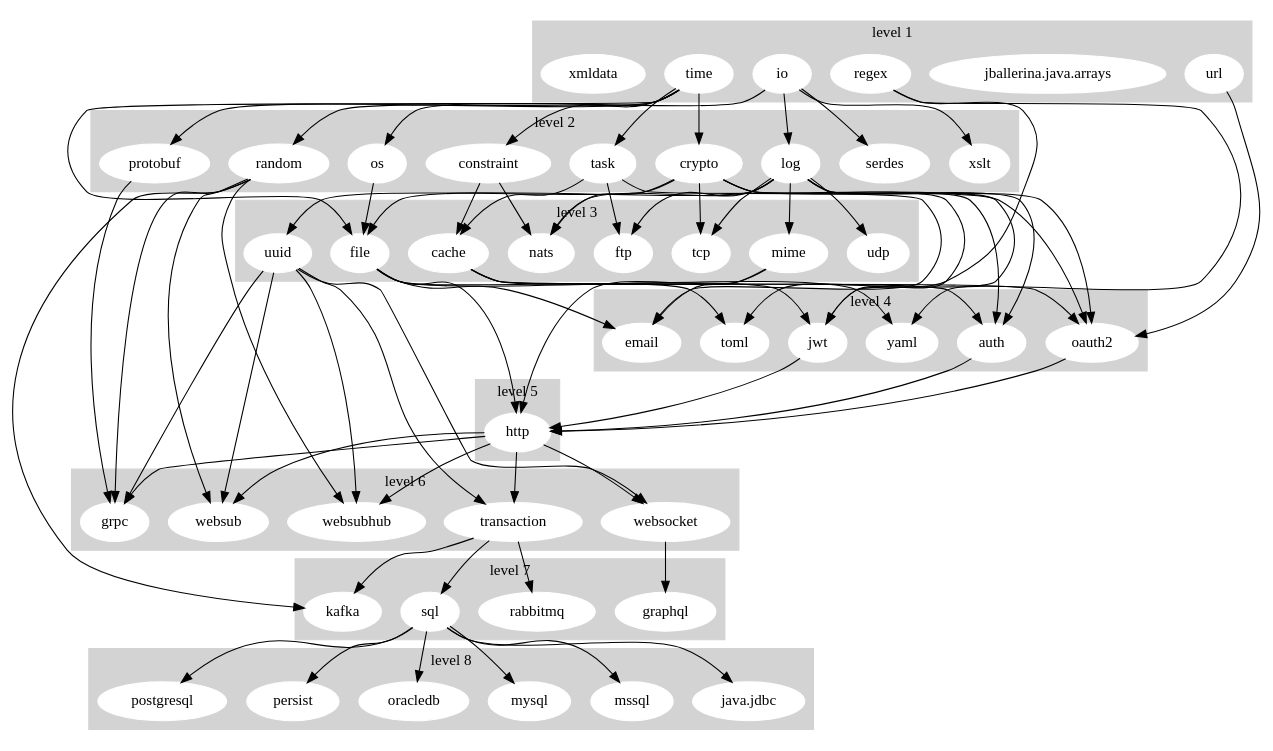
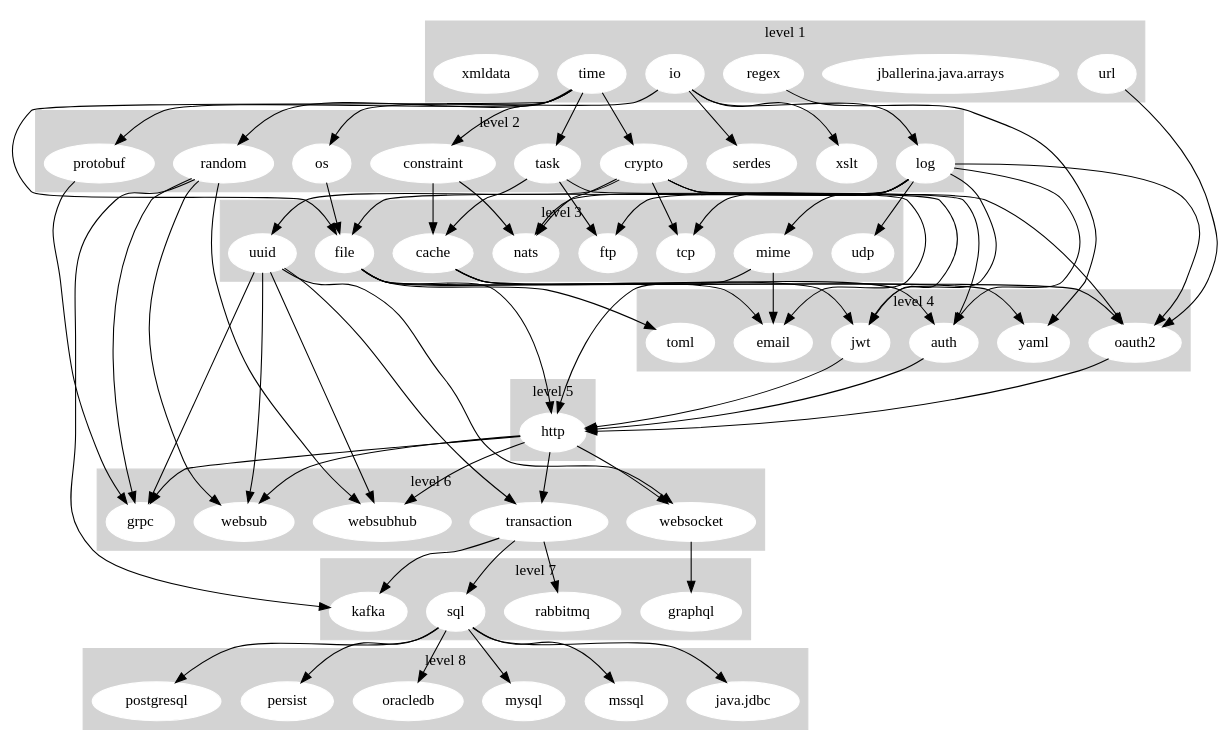
One commit to ballerina-platform/ballerina-release changed the diagram in dashboard/stdlib_graph.gv. Above: the diagram before and after it, drawn with Graphviz.

Commit message:
[Automated] Update Stdlib Dependency Graph

```diff
--- a/dashboard/stdlib_graph.gv
+++ b/dashboard/stdlib_graph.gv
@@ -1,158 +1,157 @@
 digraph "Stdlib Dependency Graph" {
 	subgraph cluster_1 {
 		node [color=white style=filled]
 		color=lightgrey style=filled
 		io
 		"jballerina.java.arrays"
 		regex
 		time
 		url
 		xmldata
 		label="level 1"
 	}
 	subgraph cluster_2 {
 		node [color=white style=filled]
 		color=lightgrey style=filled
 		constraint
 		crypto
 		log
 		os
 		protobuf
 		random
 		serdes
 		task
 		xslt
 		label="level 2"
 	}
 	subgraph cluster_3 {
 		node [color=white style=filled]
 		color=lightgrey style=filled
 		cache
 		file
 		ftp
 		mime
 		nats
 		tcp
 		udp
 		uuid
 		label="level 3"
 	}
 	subgraph cluster_4 {
 		node [color=white style=filled]
 		color=lightgrey style=filled
 		auth
 		email
 		jwt
 		oauth2
 		toml
 		yaml
 		label="level 4"
 	}
 	subgraph cluster_5 {
 		node [color=white style=filled]
 		color=lightgrey style=filled
 		http
 		label="level 5"
 	}
 	subgraph cluster_6 {
 		node [color=white style=filled]
 		color=lightgrey style=filled
 		grpc
 		transaction
 		websocket
 		websub
 		websubhub
 		label="level 6"
 	}
 	subgraph cluster_7 {
 		node [color=white style=filled]
 		color=lightgrey style=filled
 		graphql
 		kafka
 		rabbitmq
 		sql
 		label="level 7"
 	}
 	subgraph cluster_8 {
 		node [color=white style=filled]
 		color=lightgrey style=filled
 		"java.jdbc"
 		mssql
 		mysql
 		oracledb
 		persist
 		postgresql
 		label="level 8"
 	}
 	io -> log
 	io -> os
 	io -> serdes
 	io -> xslt
-	regex -> toml
 	regex -> yaml
 	time -> constraint
 	time -> crypto
 	time -> file
 	time -> protobuf
 	time -> random
 	time -> task
 	url -> oauth2
 	constraint -> cache
 	constraint -> nats
 	crypto -> auth
 	crypto -> jwt
 	crypto -> nats
 	crypto -> oauth2
 	crypto -> tcp
 	crypto -> uuid
 	log -> auth
 	log -> file
 	log -> ftp
 	log -> jwt
 	log -> mime
 	log -> nats
 	log -> oauth2
 	log -> tcp
 	log -> udp
 	os -> file
 	protobuf -> grpc
 	random -> grpc
 	random -> kafka
 	random -> websub
 	random -> websubhub
 	task -> cache
 	task -> email
 	task -> ftp
 	cache -> auth
 	cache -> jwt
 	cache -> oauth2
 	file -> email
 	file -> http
 	file -> toml
 	file -> yaml
 	mime -> email
 	mime -> http
 	uuid -> grpc
 	uuid -> transaction
 	uuid -> websocket
 	uuid -> websub
 	uuid -> websubhub
 	auth -> http
 	jwt -> http
 	oauth2 -> http
 	http -> grpc
 	http -> transaction
 	http -> websocket
 	http -> websub
 	http -> websubhub
 	transaction -> kafka
 	transaction -> rabbitmq
 	transaction -> sql
 	websocket -> graphql
 	sql -> "java.jdbc"
 	sql -> mssql
 	sql -> mysql
 	sql -> oracledb
 	sql -> persist
 	sql -> postgresql
 }
```
